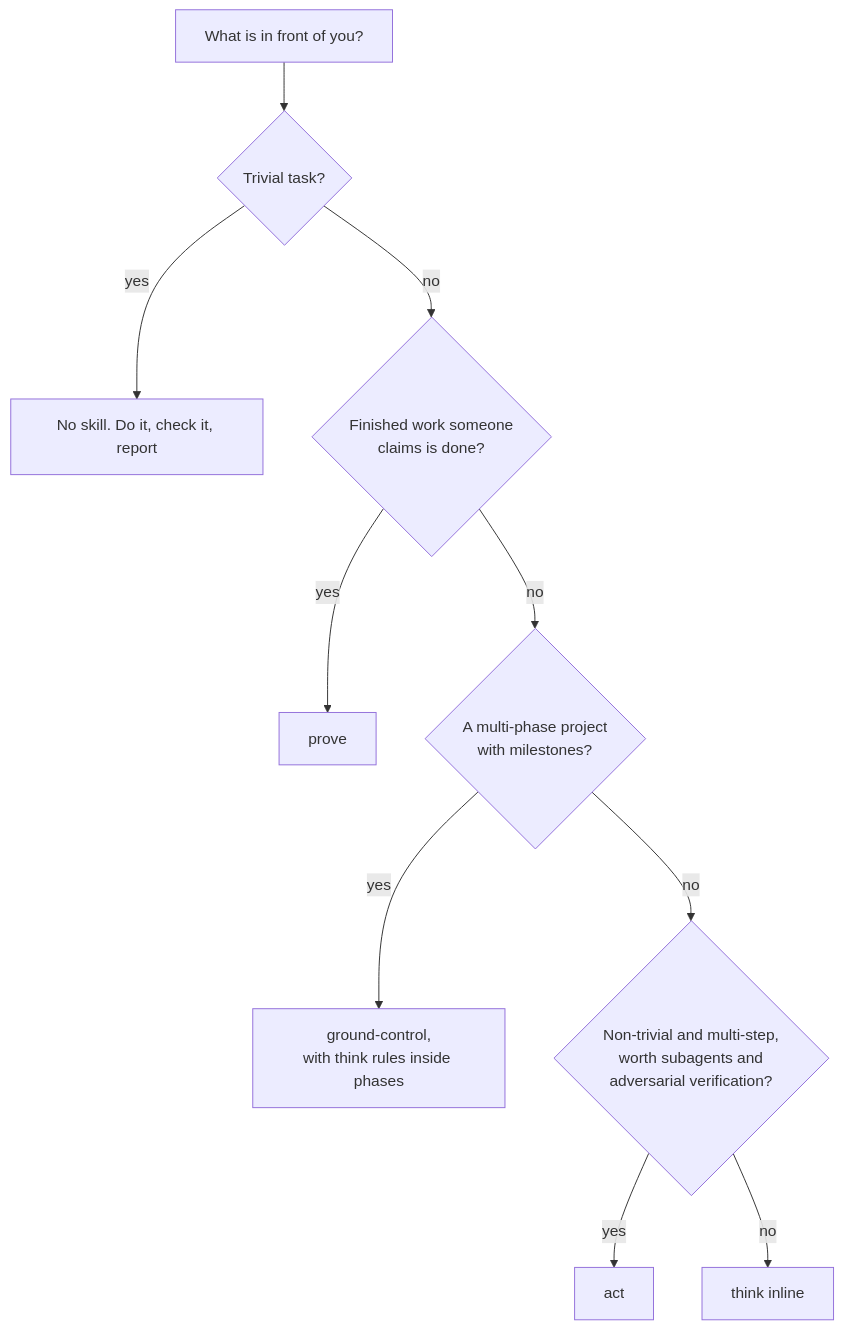
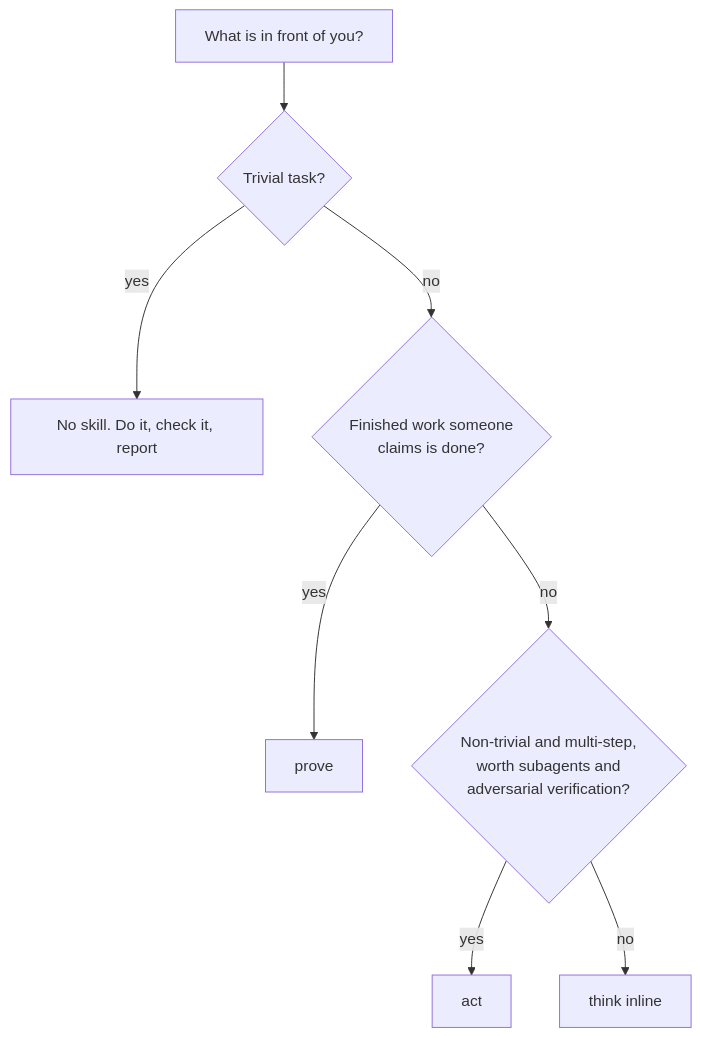
The seventh of 7 diagrams in skills/think/references/flowcharts.md (websublime/major-tom), drawn with Mermaid before and after one commit. The commit also changed other lines of this file and 3 other files, not shown here.

````diff
--- a/skills/think/references/flowcharts.md
+++ b/skills/think/references/flowcharts.md
@@ -104,12 +104,10 @@
 ```mermaid
 flowchart TD
     Q["What is in front of you?"] --> A{"Trivial task?"}
     A -->|yes| NONE["No skill. Do it, check it, report"]
     A -->|no| B{"Finished work someone<br/>claims is done?"}
     B -->|yes| J["prove"]
-    B -->|no| C{"A multi-phase project<br/>with milestones?"}
-    C -->|yes| G["ground-control,<br/>with think rules inside phases"]
-    C -->|no| D{"Non-trivial and multi-step,<br/>worth subagents and<br/>adversarial verification?"}
+    B -->|no| D{"Non-trivial and multi-step,<br/>worth subagents and<br/>adversarial verification?"}
     D -->|yes| L["act"]
     D -->|no| M["think inline"]
 ```
````
